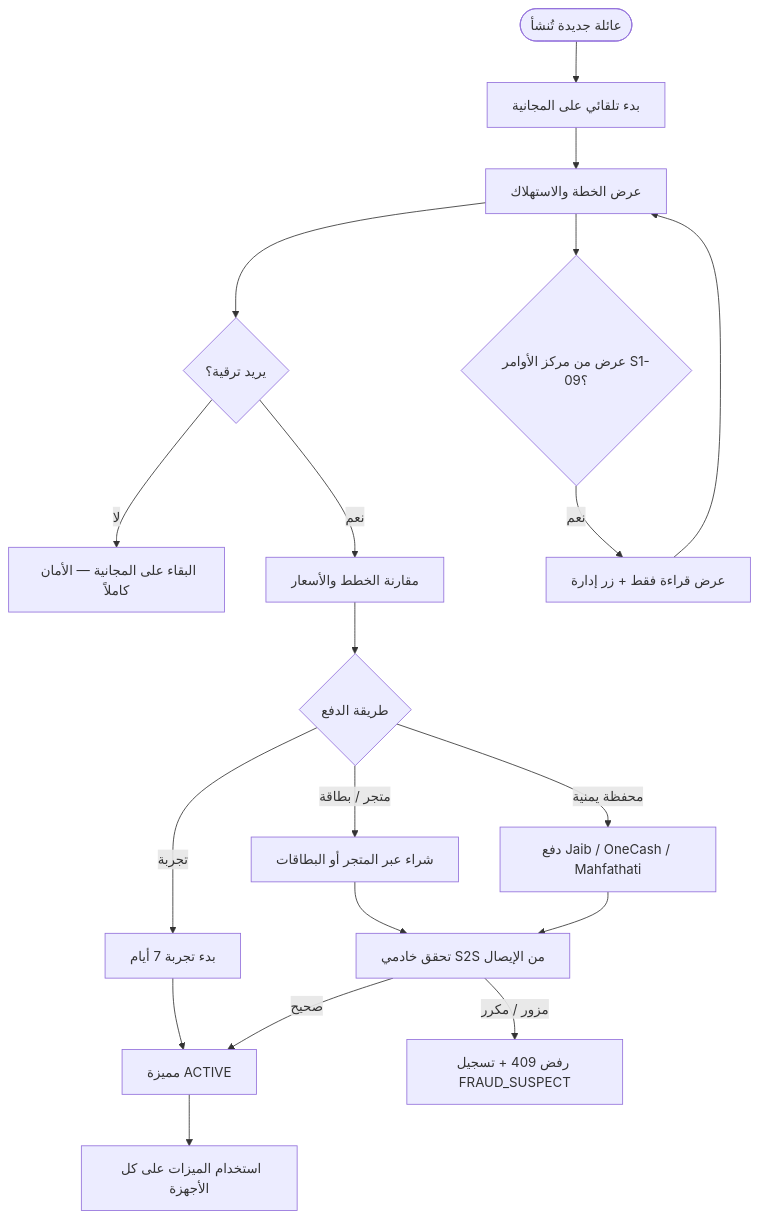
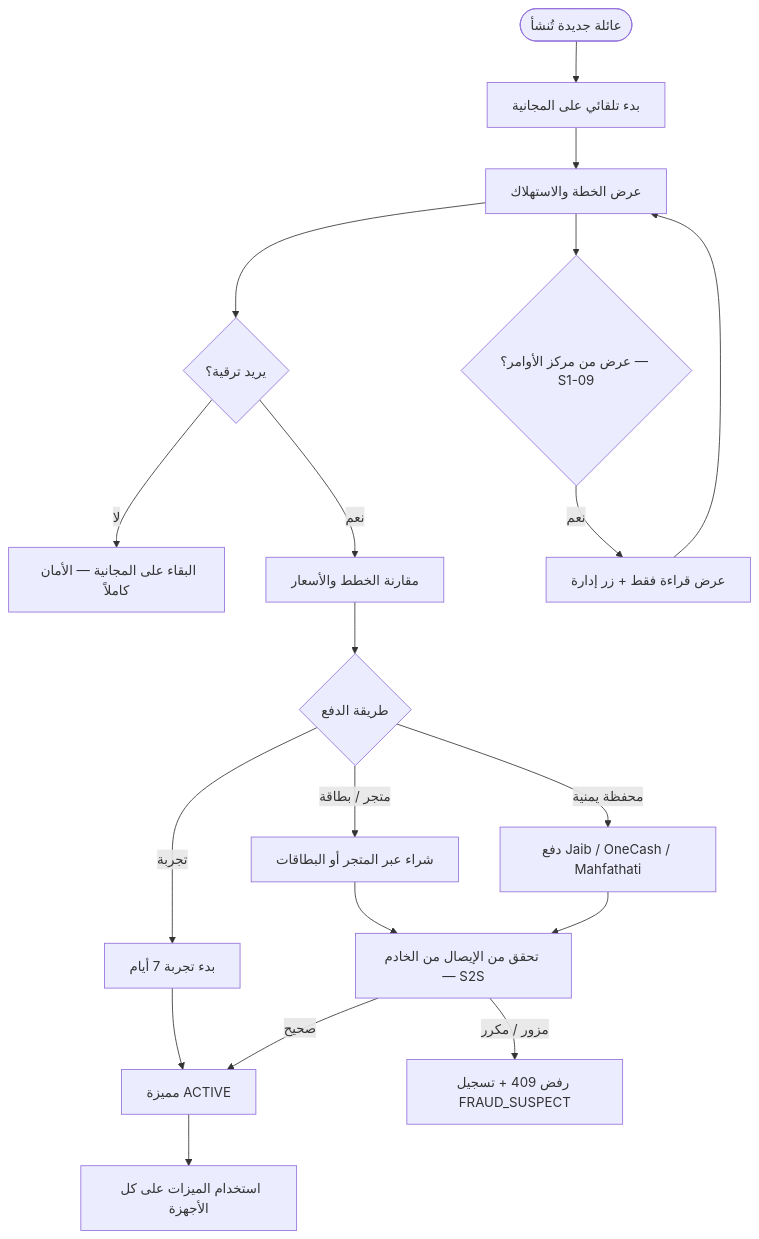
Diagram 13 of 25 in docs/family-os/governance/phases/phase-1/S1-04-plans-and-subscriptions/DIAGRAMS.md (Bassam-mohammed-alqaeadi/family-os-v2), drawn with Mermaid before and after one commit. The commit also changed other lines of this file, not shown here.

````diff
--- a/docs/family-os/governance/phases/phase-1/S1-04-plans-and-subscriptions/DIAGRAMS.md
+++ b/docs/family-os/governance/phases/phase-1/S1-04-plans-and-subscriptions/DIAGRAMS.md
@@ -514,21 +548,21 @@
 ```mermaid
 flowchart TD
     Start([عائلة جديدة تُنشأ]) --> Free[بدء تلقائي على المجانية]
     Free --> View[عرض الخطة والاستهلاك]
     View --> Choice{يريد ترقية؟}
     Choice -->|لا| Stay[البقاء على المجانية — الأمان كاملاً]
     Choice -->|نعم| Compare[مقارنة الخطط والأسعار]
     Compare --> Channel{طريقة الدفع}
     Channel -->|متجر / بطاقة| Store[شراء عبر المتجر أو البطاقات]
     Channel -->|محفظة يمنية| Wallet[دفع Jaib / OneCash / Mahfathati]
     Channel -->|تجربة| Trial[بدء تجربة 7 أيام]
-    Store --> Verify[تحقق خادمي S2S من الإيصال]
+    Store --> Verify[تحقق من الإيصال من الخادم — S2S]
     Wallet --> Verify
     Trial --> Active[مميزة ACTIVE]
     Verify -->|صحيح| Active
     Verify -->|مزور / مكرر| Reject[رفض 409 + تسجيل FRAUD_SUSPECT]
     Active --> Use[استخدام الميزات على كل الأجهزة]
-    View --> Hub{عرض من مركز الأوامر S1-09؟}
+    View --> Hub{عرض من مركز الأوامر؟ — S1-09}
     Hub -->|نعم| ReadOnly[عرض قراءة فقط + زر إدارة]
     ReadOnly --> View
 ```
````
